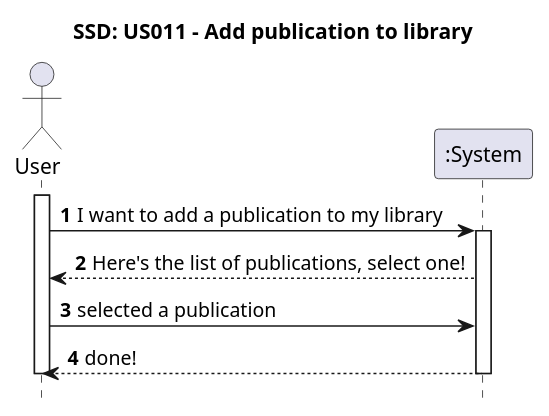
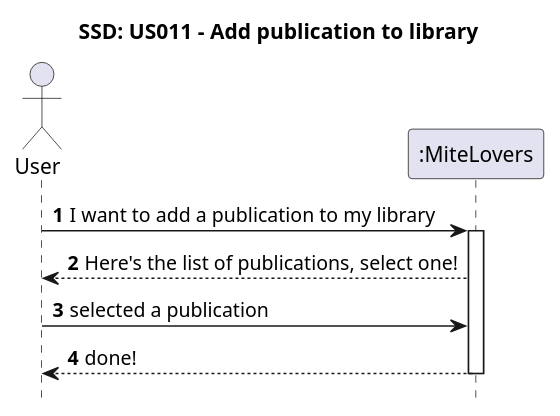
Before and after one commit to AndrePereiraGitH/SWitCH-Project-Team_A: the diagram in Diagrams/SequenceDiagrams/N1/SSD-US011-To-Add-Publication-To-Library.puml, drawn with PlantUML. The commit also changed 7 other files, not shown here.

Commit message:
Working on #31, #32, #33 and #34. Corrected Diagrams and added N1 Diagrams (@inesgiesteira)

```diff
--- a/Diagrams/SequenceDiagrams/N1/SSD-US011-To-Add-Publication-To-Library.puml
+++ b/Diagrams/SequenceDiagrams/N1/SSD-US011-To-Add-Publication-To-Library.puml
@@ -1,23 +1,23 @@
 @startuml
 
 autonumber
 hide footbox
 title SSD: US011 - Add publication to library
 
 actor "User" as User
-participant ":System" as System
+participant ":MiteLovers" as System
 
-activate User
+
 
     User -> System : I want to add a publication to my library
     activate System
 
     System --> User : Here's the list of publications, select one!
 
     User -> System: selected a publication
 
     System --> User: done!
     deactivate System
 
-deactivate User
+
 @enduml
```
